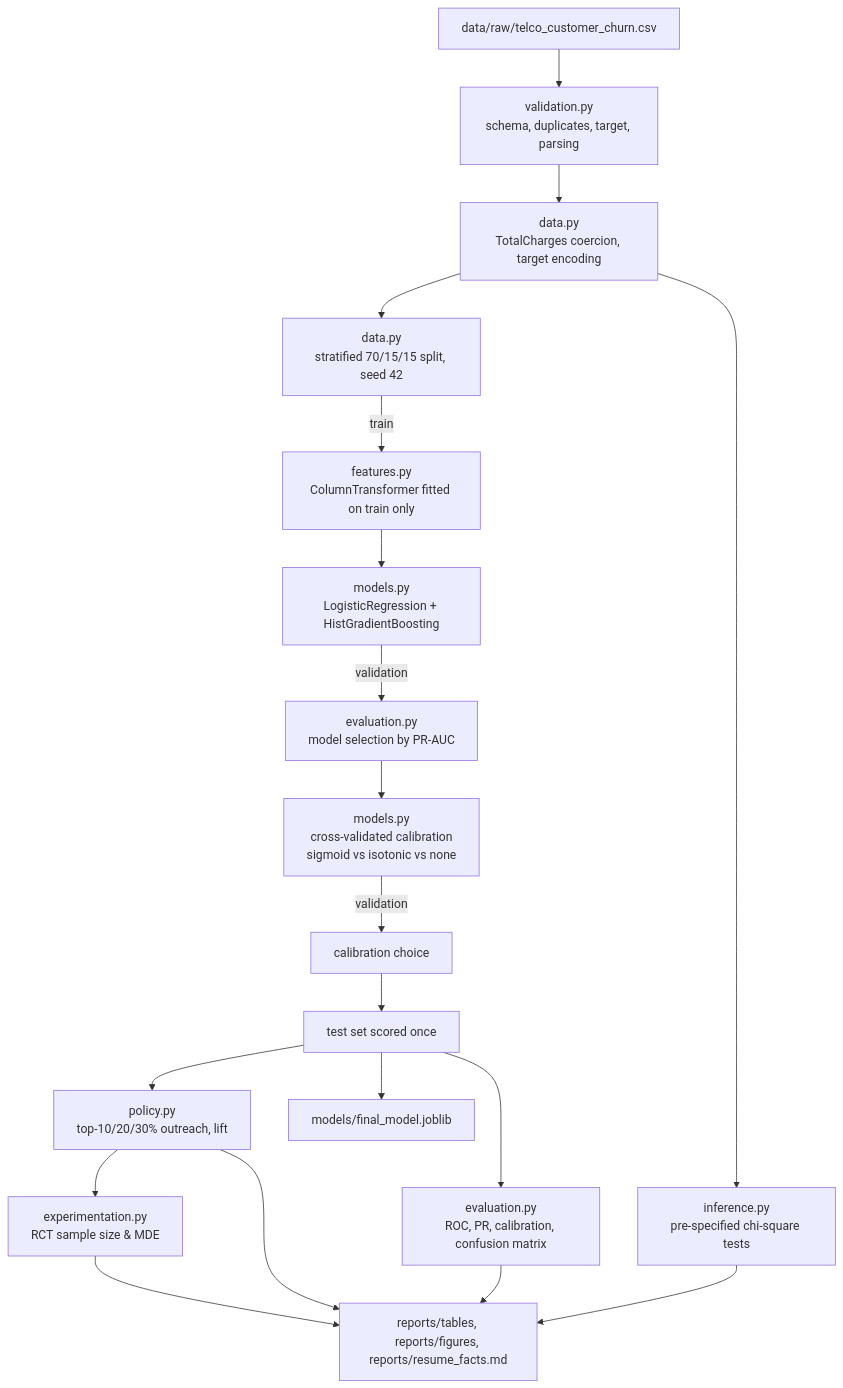
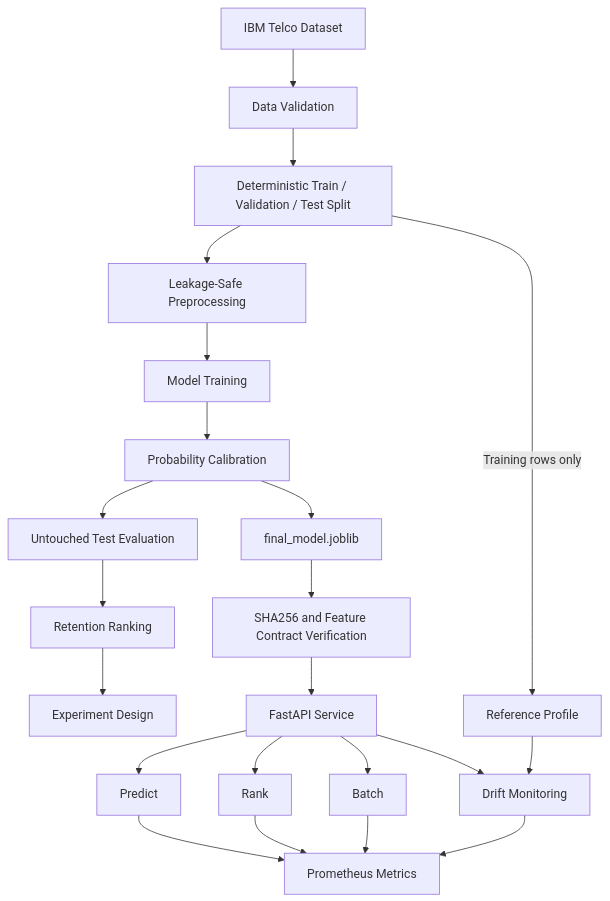
One commit to abs768/retentionlab changed the diagram in README.md. Above: the diagram before and after it, drawn with Mermaid. The commit also changed other lines of this file and 40 other files, not shown here.

Commit message:
Extend ChurnGuard with ML serving and monitoring

````diff
--- a/README.md
+++ b/README.md
@@ -40,21 +49,24 @@
 ```mermaid
 flowchart TD
-    A[data/raw/telco_customer_churn.csv] --> B[validation.py<br/>schema, duplicates, target, parsing]
-    B --> C[data.py<br/>TotalCharges coercion, target encoding]
-    C --> D[data.py<br/>stratified 70/15/15 split, seed 42]
-    D -->|train| E[features.py<br/>ColumnTransformer fitted on train only]
-    E --> F[models.py<br/>LogisticRegression + HistGradientBoosting]
-    F -->|validation| G[evaluation.py<br/>model selection by PR-AUC]
-    G --> H[models.py<br/>cross-validated calibration<br/>sigmoid vs isotonic vs none]
-    H -->|validation| I[calibration choice]
-    I --> J[test set scored once]
-    J --> K[policy.py<br/>top-10/20/30% outreach, lift]
-    J --> L[evaluation.py<br/>ROC, PR, calibration, confusion matrix]
-    K --> M[experimentation.py<br/>RCT sample size & MDE]
-    C --> N[inference.py<br/>pre-specified chi-square tests]
-    J --> O[models/final_model.joblib]
-    M --> P[reports/tables, reports/figures, reports/resume_facts.md]
-    K --> P
-    L --> P
-    N --> P
+    A[IBM Telco Dataset] --> B[Data Validation]
+    B --> C[Deterministic Train / Validation / Test Split]
+    C --> D[Leakage-Safe Preprocessing]
+    D --> E[Model Training]
+    E --> F[Probability Calibration]
+    F --> G[Untouched Test Evaluation]
+    G --> H[Retention Ranking]
+    H --> I[Experiment Design]
+    F --> J[final_model.joblib]
+    J --> K[SHA256 and Feature Contract Verification]
+    K --> L[FastAPI Service]
+    L --> M[Predict]
+    L --> N[Rank]
+    L --> O[Batch]
+    C -->|Training rows only| P[Reference Profile]
+    L --> Q[Drift Monitoring]
+    P --> Q
+    M --> R[Prometheus Metrics]
+    N --> R
+    O --> R
+    Q --> R
 ```
````
